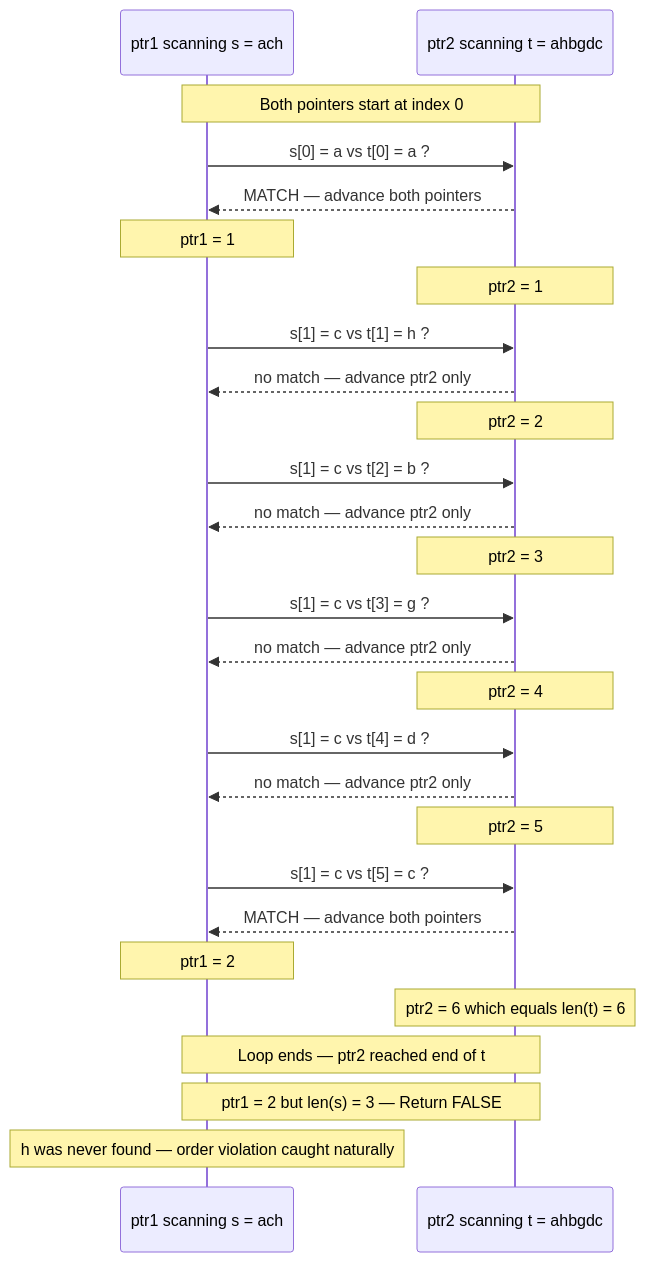
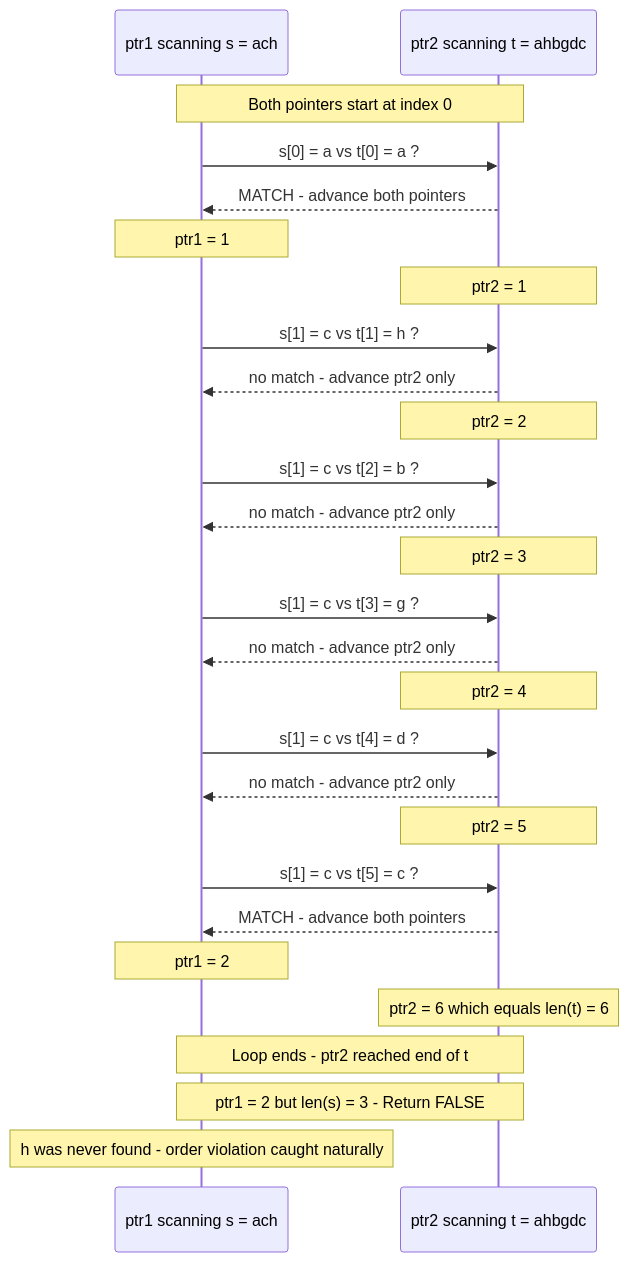
One commit to M-F-Tushar/LeetCode-Problem-Solving changed the seventh of 10 diagrams in 06 - Is Subsequence/README.md. Above: the diagram before and after it, drawn with Mermaid. The commit also changed other lines of this file and 6 other files, not shown here.

Commit message:
fix diagram rendering

````diff
--- a/06 - Is Subsequence/README.md
+++ b/06 - Is Subsequence/README.md
@@ -373,37 +373,37 @@
 ```mermaid
 sequenceDiagram
     participant S as ptr1 scanning s = ach
     participant T as ptr2 scanning t = ahbgdc
 
     Note over S,T: Both pointers start at index 0
 
     S->>T: s[0] = a  vs  t[0] = a ?
-    T-->>S: MATCH — advance both pointers
+    T-->>S: MATCH  -  advance both pointers
     Note over S: ptr1 = 1
     Note over T: ptr2 = 1
 
     S->>T: s[1] = c  vs  t[1] = h ?
-    T-->>S: no match — advance ptr2 only
+    T-->>S: no match  -  advance ptr2 only
     Note over T: ptr2 = 2
 
     S->>T: s[1] = c  vs  t[2] = b ?
-    T-->>S: no match — advance ptr2 only
+    T-->>S: no match  -  advance ptr2 only
     Note over T: ptr2 = 3
 
     S->>T: s[1] = c  vs  t[3] = g ?
-    T-->>S: no match — advance ptr2 only
+    T-->>S: no match  -  advance ptr2 only
     Note over T: ptr2 = 4
 
     S->>T: s[1] = c  vs  t[4] = d ?
-    T-->>S: no match — advance ptr2 only
+    T-->>S: no match  -  advance ptr2 only
     Note over T: ptr2 = 5
 
     S->>T: s[1] = c  vs  t[5] = c ?
-    T-->>S: MATCH — advance both pointers
+    T-->>S: MATCH  -  advance both pointers
     Note over S: ptr1 = 2
     Note over T: ptr2 = 6  which equals len(t) = 6
 
-    Note over S,T: Loop ends — ptr2 reached end of t
-    Note over S,T: ptr1 = 2 but len(s) = 3 — Return FALSE
-    Note over S: h was never found — order violation caught naturally
+    Note over S,T: Loop ends  -  ptr2 reached end of t
+    Note over S,T: ptr1 = 2 but len(s) = 3  -  Return FALSE
+    Note over S: h was never found  -  order violation caught naturally
 ```
````
